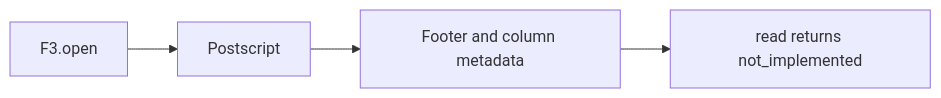
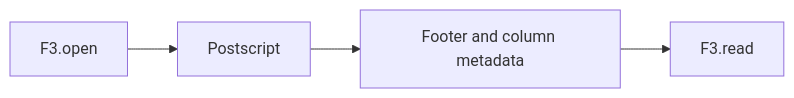
Before and after one commit to thanos/f3: the diagram in docs/tutorials/03-your-first-f3-file-in-elixir.md, drawn with Mermaid. The commit also changed other lines of this file and 49 other files, not shown here.

````diff
--- a/docs/tutorials/03-your-first-f3-file-in-elixir.md
+++ b/docs/tutorials/03-your-first-f3-file-in-elixir.md
@@ -65,8 +71,8 @@
 ```mermaid
 flowchart LR
   Open[F3.open]
   Tail[Postscript]
   Footer[Footer and column metadata]
-  Stop[read returns not_implemented]
-  Open --> Tail --> Footer --> Stop
+  Rows[F3.read]
+  Open --> Tail --> Footer --> Rows
 ```
````
